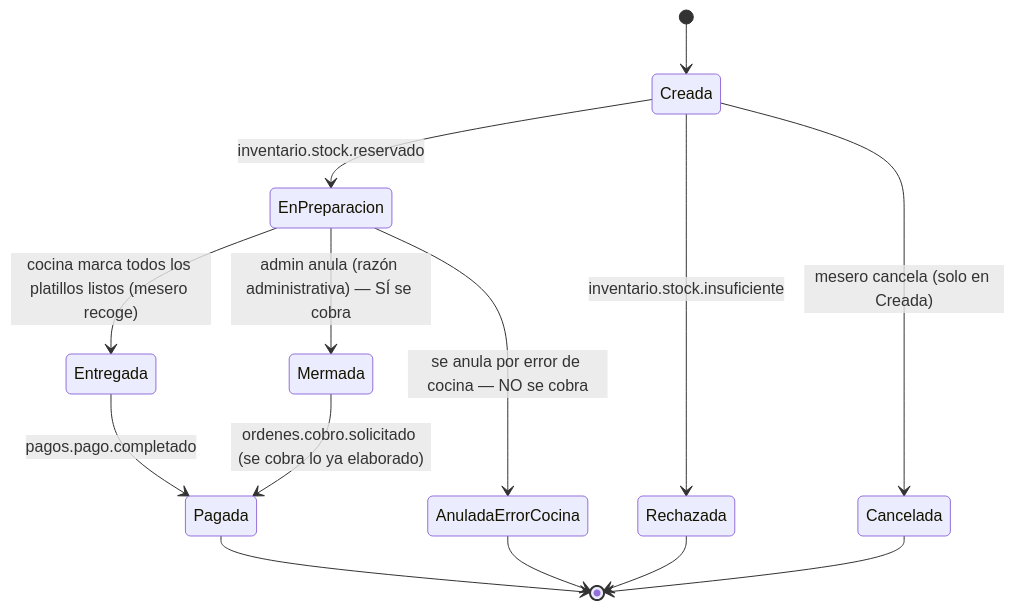
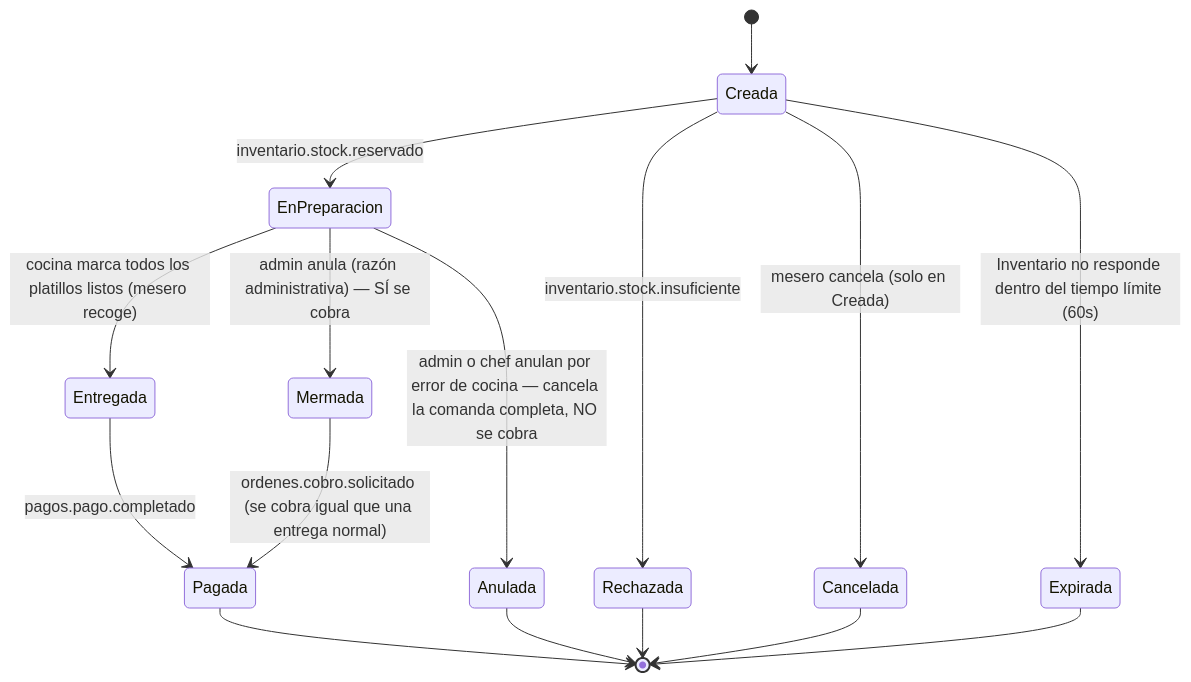
Before and after one commit to FMAT-Restaurant/OrdersKDS-Backend: the diagram in docs/funcionalidades_ordeneskds.md, drawn with Mermaid. The commit also changed other lines of this file and 6 other files, not shown here.

Commit message:
docs: synchronize event contracts, payment flows, and ers requirements

````diff
--- a/docs/funcionalidades_ordeneskds.md
+++ b/docs/funcionalidades_ordeneskds.md
@@ -50,16 +56,18 @@
 ```mermaid
 stateDiagram-v2
     [*] --> Creada
     Creada --> EnPreparacion: inventario.stock.reservado
     Creada --> Rechazada: inventario.stock.insuficiente
     Creada --> Cancelada: mesero cancela (solo en Creada)
+    Creada --> Expirada: Inventario no responde dentro del tiempo límite (60s)
     EnPreparacion --> Entregada: cocina marca todos los platillos listos (mesero recoge)
     EnPreparacion --> Mermada: admin anula (razón administrativa) — SÍ se cobra
-    EnPreparacion --> AnuladaErrorCocina: se anula por error de cocina — NO se cobra
+    EnPreparacion --> Anulada: admin o chef anulan por error de cocina — cancela la comanda completa, NO se cobra
     Entregada --> Pagada: pagos.pago.completado
-    Mermada --> Pagada: ordenes.cobro.solicitado (se cobra lo ya elaborado)
+    Mermada --> Pagada: ordenes.cobro.solicitado (se cobra igual que una entrega normal)
     Pagada --> [*]
     Cancelada --> [*]
     Rechazada --> [*]
-    AnuladaErrorCocina --> [*]
+    Anulada --> [*]
+    Expirada --> [*]
 ```
````
